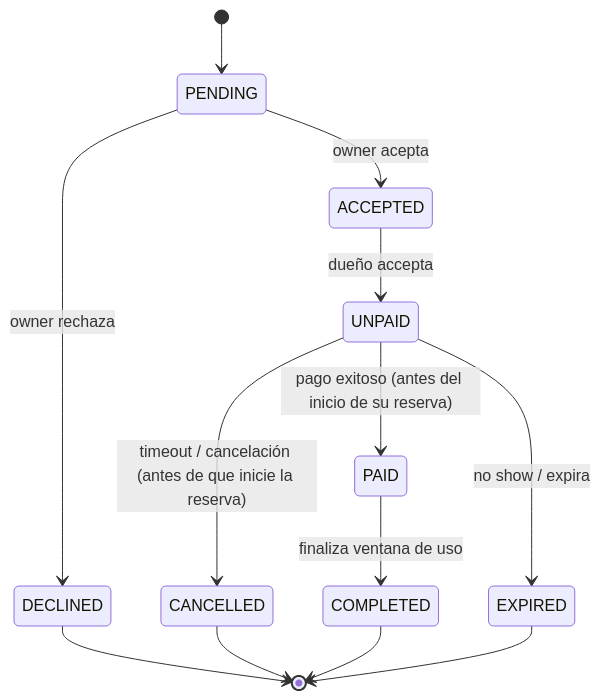
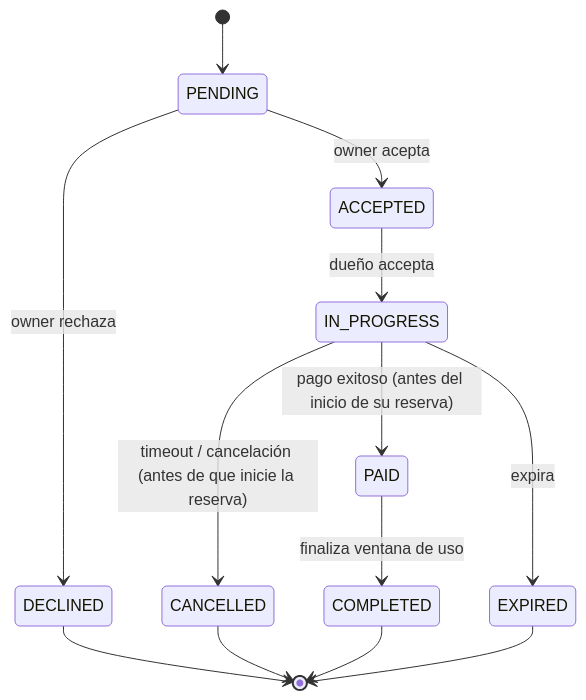
Before and after one commit to BrayanYinLin/estaciona-ya: the diagram in docs/states/request-states.mmd, drawn with Mermaid. The commit also changed 2 other files, not shown here.

```diff
--- a/docs/states/request-states.mmd
+++ b/docs/states/request-states.mmd
@@ -1,17 +1,18 @@
 stateDiagram-v2
     [*] --> PENDING
 
     PENDING --> DECLINED: owner rechaza
     PENDING --> ACCEPTED: owner acepta
 
-    ACCEPTED --> UNPAID: dueño accepta
-    UNPAID --> PAID: pago exitoso (antes del inicio de su reserva)
-    UNPAID --> CANCELLED: timeout / cancelación (antes de que inicie la reserva)
+    ACCEPTED --> IN_PROGRESS: dueño accepta
+    IN_PROGRESS --> PAID: pago exitoso (antes del inicio de su reserva)
+    IN_PROGRESS --> CANCELLED: timeout / cancelación (antes de que inicie la reserva)
 
     PAID --> COMPLETED: finaliza ventana de uso
-    UNPAID --> EXPIRED: no show / expira
+    IN_PROGRESS --> EXPIRED: expira
+
 
     DECLINED --> [*]
     CANCELLED --> [*]
     COMPLETED --> [*]
     EXPIRED --> [*]
```
